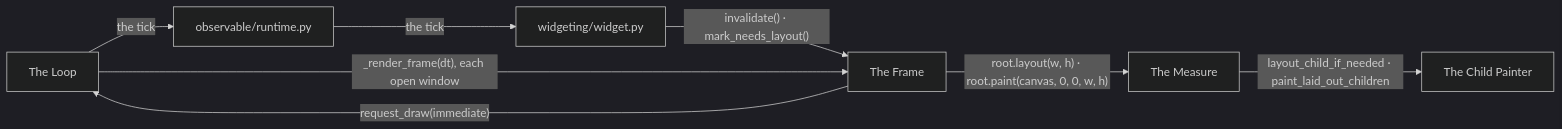
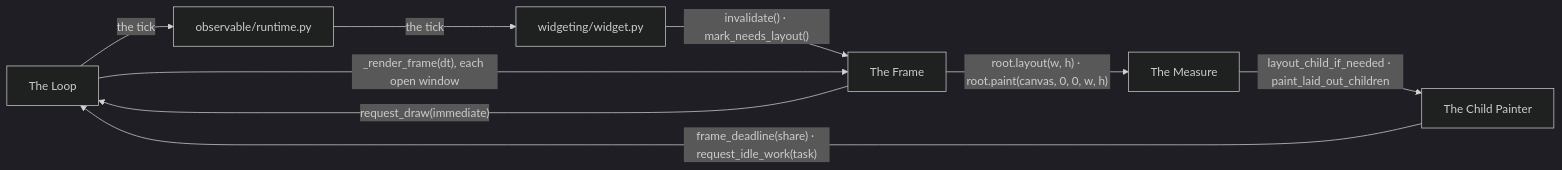
The first of 10 diagrams in docs/design/RENDERING_PIPELINE.md (yuksblog/nuiitivet), drawn with Mermaid (dark theme) before and after one commit. The commit also changed other lines of this file and 15 other files, not shown here.

````diff
--- a/docs/design/RENDERING_PIPELINE.md
+++ b/docs/design/RENDERING_PIPELINE.md
@@ -11,17 +11,18 @@
 ```mermaid
 flowchart LR
     loop[The Loop]
     frame[The Frame]
     measure[The Measure]
     painter[The Child Painter]
     widget[widgeting/widget.py]
     clock[observable/runtime.py]
 
     widget -- "invalidate() · mark_needs_layout()" --> frame
     frame -- "request_draw(immediate)" --> loop
     loop -- "_render_frame(dt), each open window" --> frame
     loop -- "the tick" --> clock
     clock -- "the tick" --> widget
     frame -- "root.layout(w, h) · root.paint(canvas, 0, 0, w, h)" --> measure
     measure -- "layout_child_if_needed · paint_laid_out_children" --> painter
+    painter -- "frame_deadline(share) · request_idle_work(task)" --> loop
 ```
````
